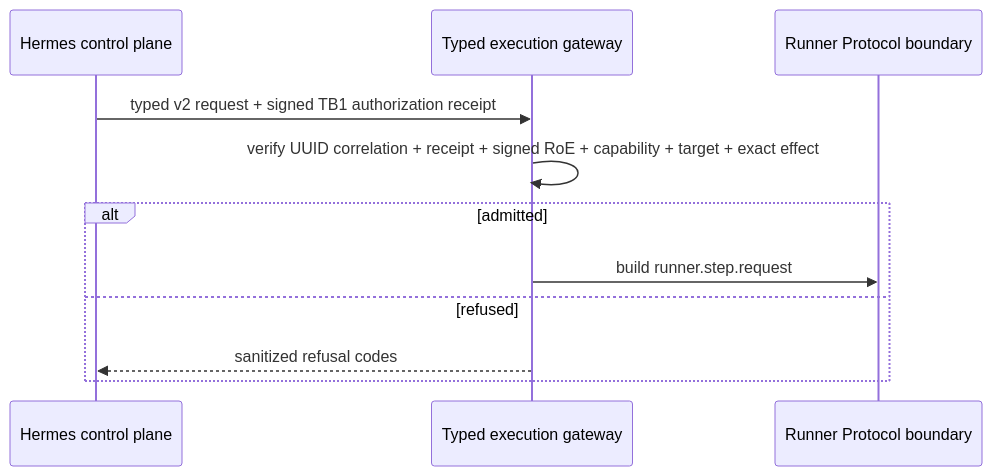
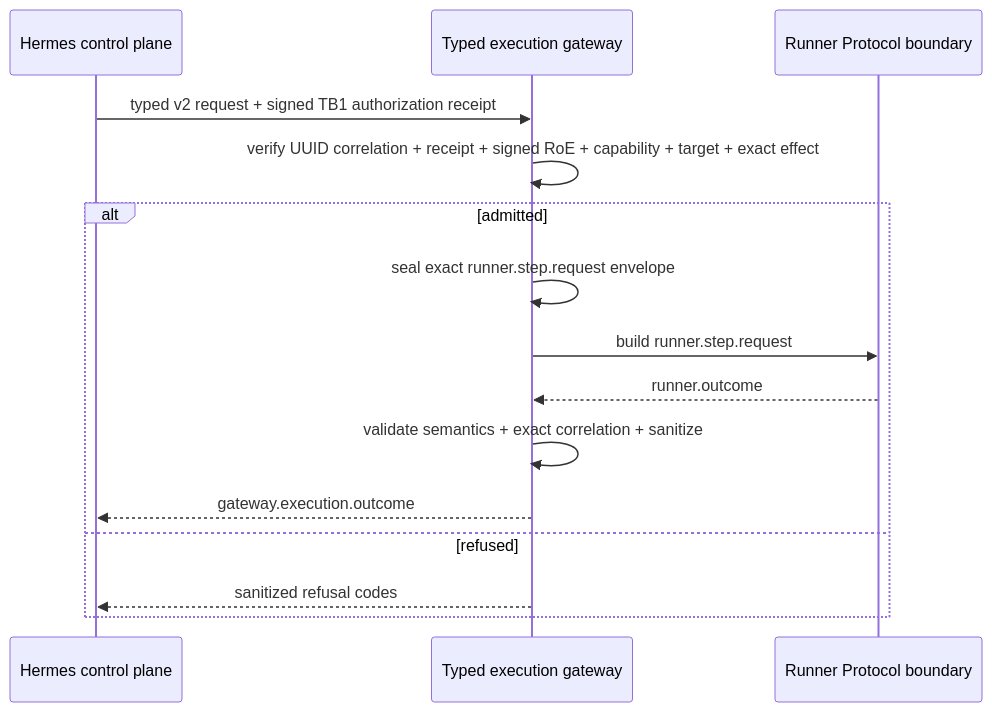
One commit to pestoura/hermes-security-labs changed the diagram in docs/roadmap/epics/EPIC-03-typed-kali-mcp.md. Above: the diagram before and after it, drawn with Mermaid. The commit also changed other lines of this file, not shown here.

Commit message:
docs(epic-03): record sanitized typed execution outcome candidate

````diff
--- a/docs/roadmap/epics/EPIC-03-typed-kali-mcp.md
+++ b/docs/roadmap/epics/EPIC-03-typed-kali-mcp.md
@@ -67,13 +77,17 @@
 ```mermaid
 sequenceDiagram
   participant H as Hermes control plane
   participant G as Typed execution gateway
   participant R as Runner Protocol boundary
   H->>G: typed v2 request + signed TB1 authorization receipt
   G->>G: verify UUID correlation + receipt + signed RoE + capability + target + exact effect
   alt admitted
+    G->>G: seal exact runner.step.request envelope
     G->>R: build runner.step.request
+    R-->>G: runner.outcome
+    G->>G: validate semantics + exact correlation + sanitize
+    G-->>H: gateway.execution.outcome
   else refused
     G-->>H: sanitized refusal codes
   end
 ```
````
